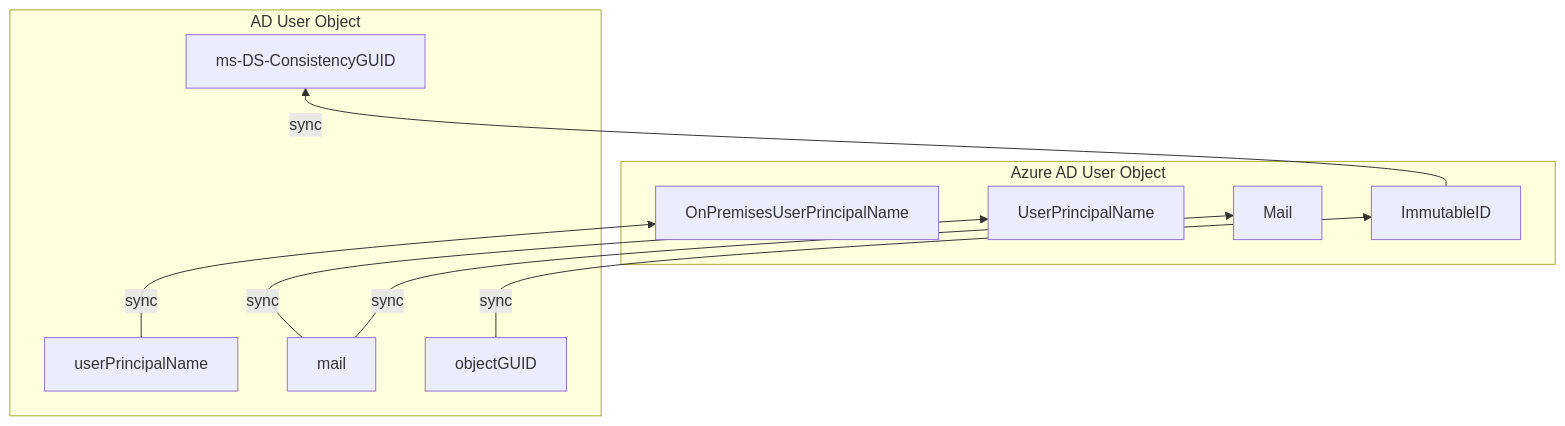
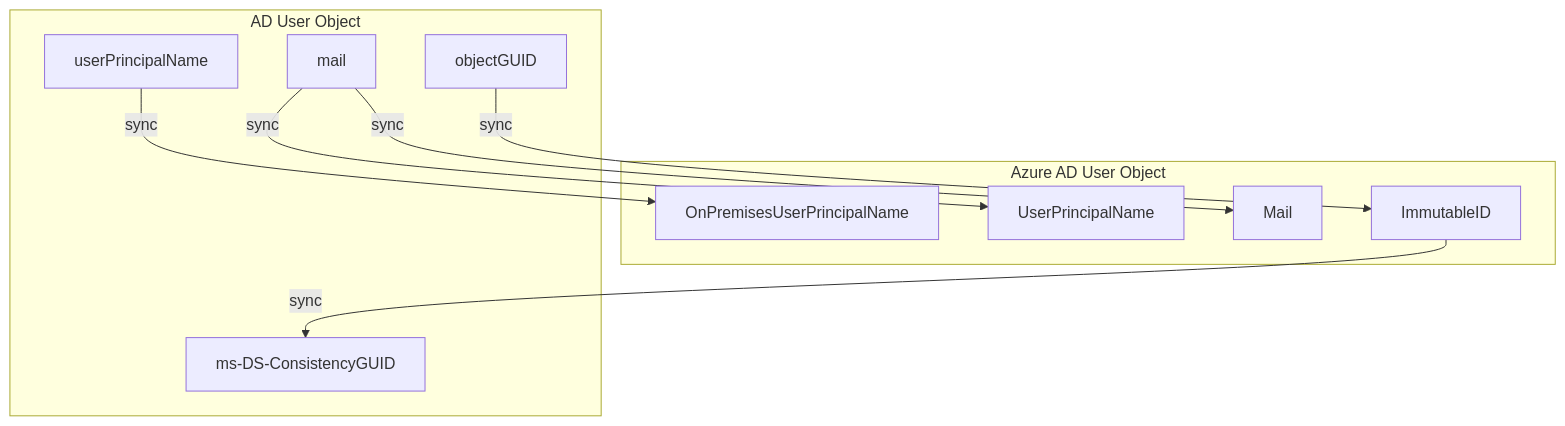
One commit to amasse3/AzureAD-Baseline-MLZ changed the diagram in doc/AAD-CertificateBasedAuthentication-DODPKI.md. Above: the diagram before and after it, drawn with Mermaid.

`````diff
--- a/doc/AAD-CertificateBasedAuthentication-DODPKI.md
+++ b/doc/AAD-CertificateBasedAuthentication-DODPKI.md
@@ -28,21 +28,21 @@
 ````mermaid
-flowchart BT
+flowchart TD
     subgraph Azure AD User Object
     UserPrincipalName
     OnPremisesUserPrincipalName
     Mail
     ImmutableID
     end
     subgraph AD User Object
     userPrincipalName
     mail
     ms-DS-ConsistencyGUID
     objectGUID
     end
     userPrincipalName--sync-->OnPremisesUserPrincipalName
     mail--sync-->UserPrincipalName
     mail--sync-->Mail
     ImmutableID--sync-->ms-DS-ConsistencyGUID
     objectGUID--sync-->ImmutableID
     
 ````
`````
